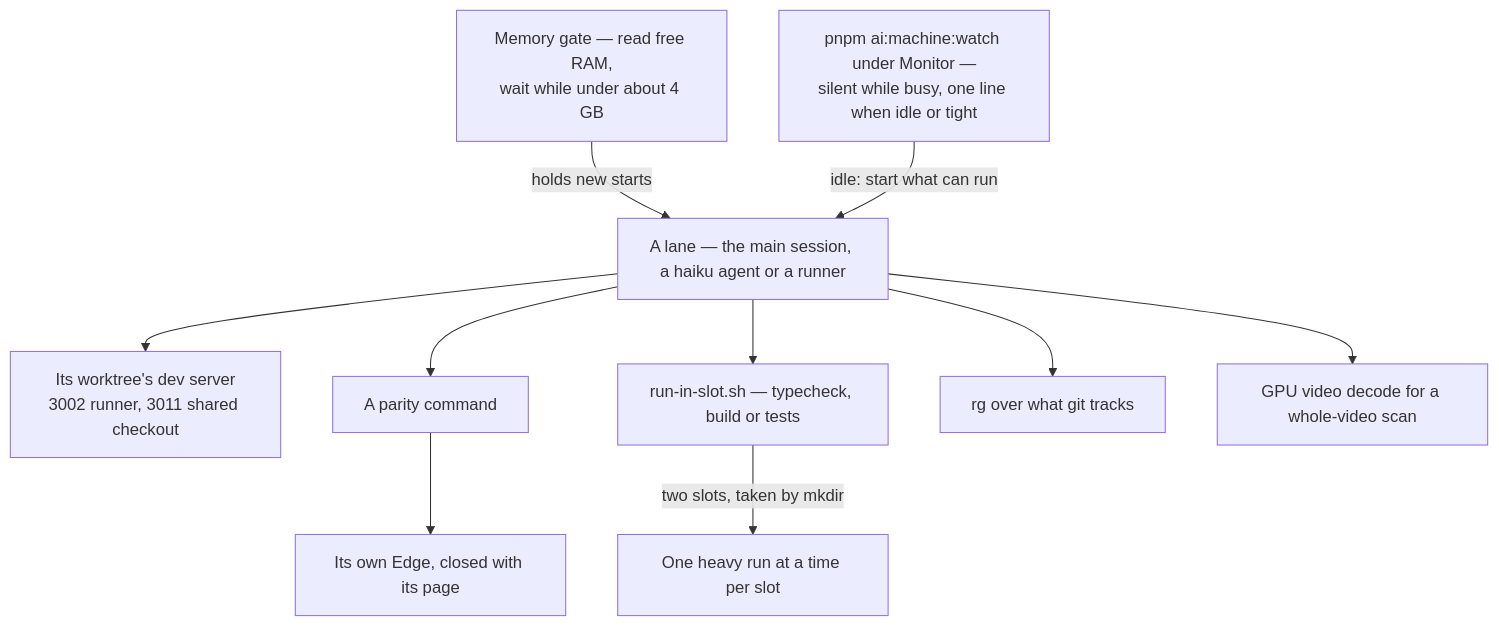
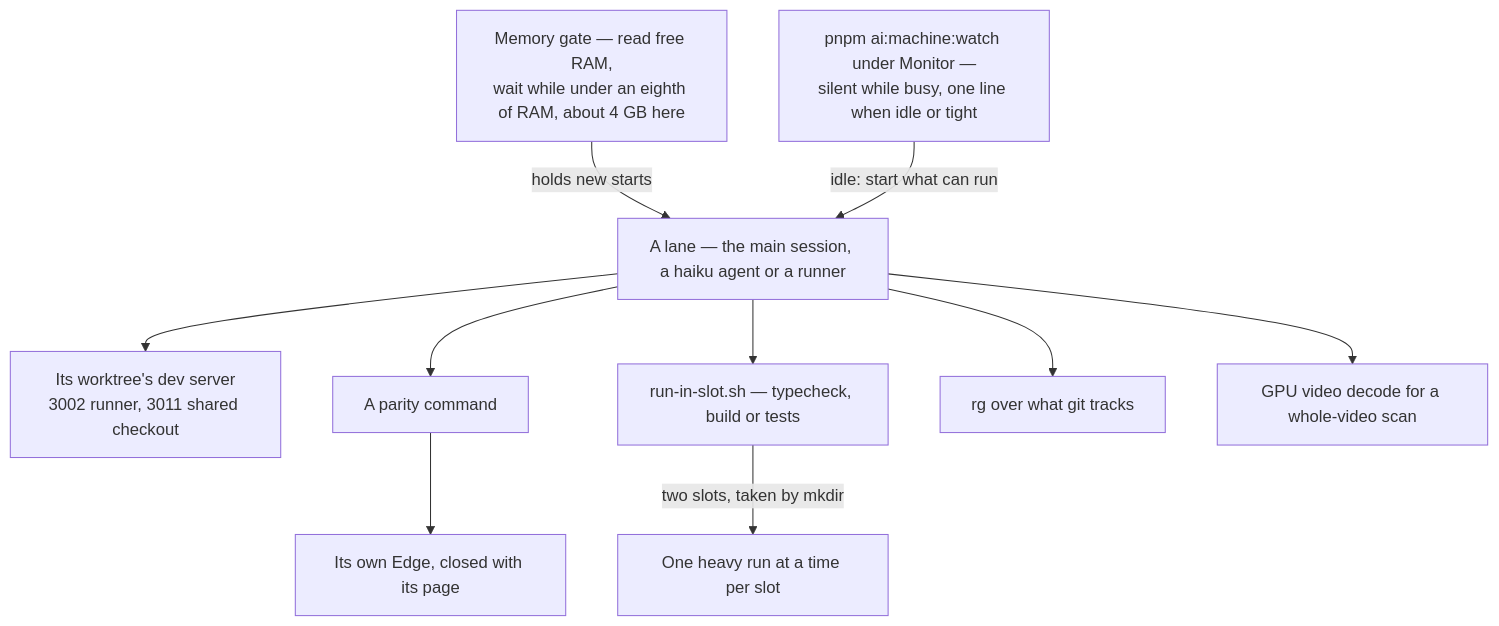
Before and after one commit to Esposter/Esposter: the diagram in apps/web/content/docs/architecture/machine-efficiency.md, drawn with Mermaid. The commit also changed other lines of this file and 10 other files, not shown here.

First line of the commit message:
feat(scripts): the machine watcher judges memory by the machine's RAM, and macOS reads the kernel's pressure figure

````diff
--- a/apps/web/content/docs/architecture/machine-efficiency.md
+++ b/apps/web/content/docs/architecture/machine-efficiency.md
@@ -19,12 +19,12 @@
 ```mermaid
 flowchart TD
-  G["Memory gate — read free RAM,<br/>wait while under about 4 GB"] -->|"holds new starts"| L
+  G["Memory gate — read free RAM,<br/>wait while under an eighth of RAM, about 4 GB here"] -->|"holds new starts"| L
   W["pnpm ai:machine:watch under Monitor —<br/>silent while busy, one line when idle or tight"] -->|"idle: start what can run"| L
   L["A lane — the main session, a haiku agent or a runner"] --> DS["Its worktree's dev server<br/>3002 runner, 3011 shared checkout"]
   L --> CMD["A parity command"]
   CMD --> EDGE["Its own Edge, closed with its page"]
   L --> SLOT["run-in-slot.sh — typecheck, build or tests"]
   SLOT -->|"two slots, taken by mkdir"| RUN["One heavy run at a time per slot"]
   L --> SEARCH["rg over what git tracks"]
   L --> VIDEO["GPU video decode for a whole-video scan"]
 ```
````
